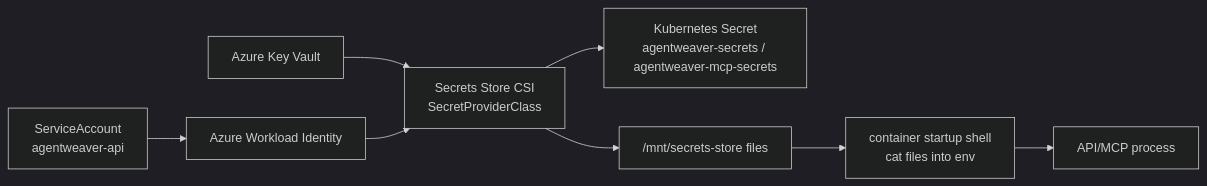
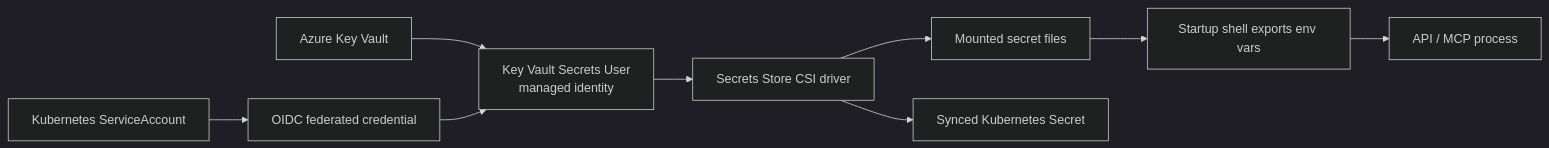
The third of 4 diagrams in docs/deep-dive/infra-deployment.md (sabbour/agentweaver), drawn with Mermaid (dark theme) before and after one commit. The commit also changed other lines of this file and 12 other files, not shown here.

````diff
--- a/docs/deep-dive/infra-deployment.md
+++ b/docs/deep-dive/infra-deployment.md
@@ -88,10 +195,11 @@
 ```mermaid
 flowchart LR
-  KV["Azure Key Vault"] --> CSI["Secrets Store CSI<br/>SecretProviderClass"]
-  CSI --> K8sSecret["Kubernetes Secret<br/>agentweaver-secrets / agentweaver-mcp-secrets"]
-  CSI --> Volume["/mnt/secrets-store files"]
-  Volume --> Startup["container startup shell<br/>cat files into env"]
-  Startup --> ApiMcp["API/MCP process"]
-  SA["ServiceAccount<br/>agentweaver-api"] --> WI["Azure Workload Identity"]
-  WI --> CSI
+  KV["Azure Key Vault"] --> RBAC["Key Vault Secrets User<br/>managed identity"]
+  SA["Kubernetes ServiceAccount"] --> FED["OIDC federated credential"]
+  FED --> RBAC
+  RBAC --> CSI["Secrets Store CSI driver"]
+  CSI --> Files["Mounted secret files"]
+  CSI --> K8sSecret["Synced Kubernetes Secret"]
+  Files --> Startup["Startup shell exports env vars"]
+  Startup --> Process["API / MCP process"]
 ```
````
